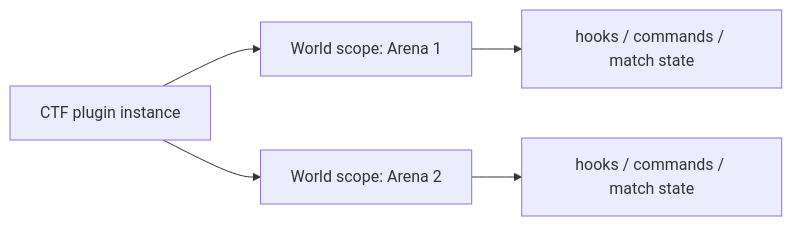
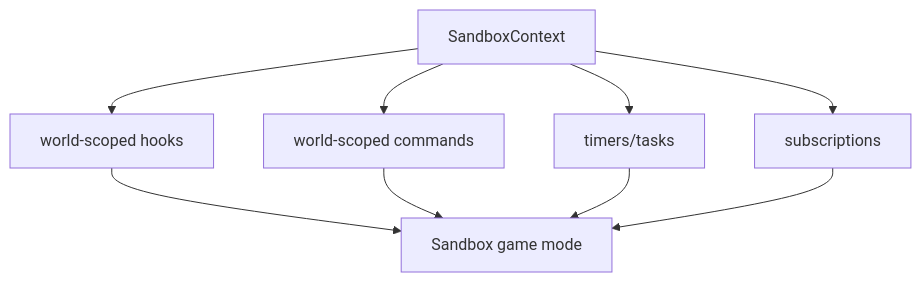
The eighth of 9 diagrams in docs/ru/sandbox/level-1.md (VegaKernel/TerraRuntime), drawn with Mermaid before and after one commit. The commit also changed other lines of this file and 3 other files, not shown here.

First line of the commit message:
Document Level 1 plugin and world isolation

````diff
--- a/docs/ru/sandbox/level-1.md
+++ b/docs/ru/sandbox/level-1.md
@@ -49,7 +183,11 @@
 ```mermaid
-flowchart LR
-    Plugin["CTF plugin instance"] --> Scope1["World scope: Arena 1"]
-    Plugin --> Scope2["World scope: Arena 2"]
-    Scope1 --> Hooks1["hooks / commands / match state"]
-    Scope2 --> Hooks2["hooks / commands / match state"]
+flowchart TD
+    Context["SandboxContext"] --> Hooks["world-scoped hooks"]
+    Context --> Commands["world-scoped commands"]
+    Context --> Timers["timers/tasks"]
+    Context --> Events["subscriptions"]
+    Hooks --> Mode["Sandbox game mode"]
+    Commands --> Mode
+    Timers --> Mode
+    Events --> Mode
 ```
````
